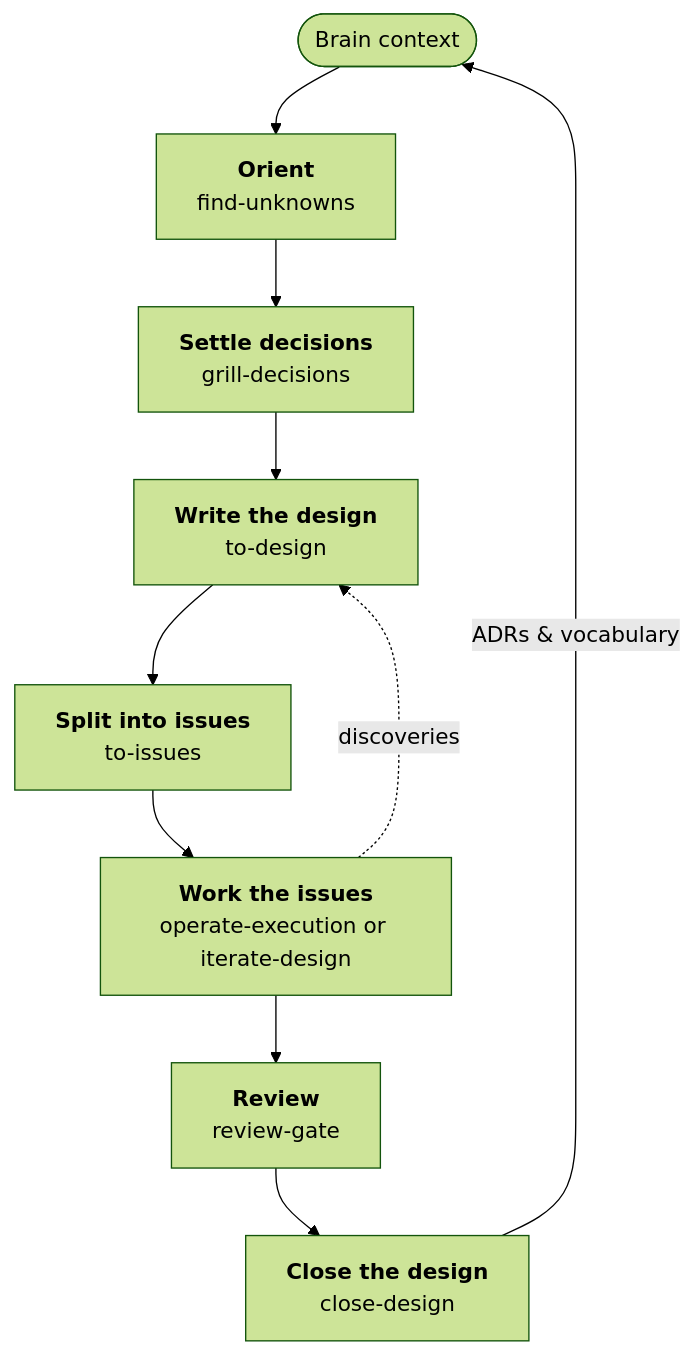
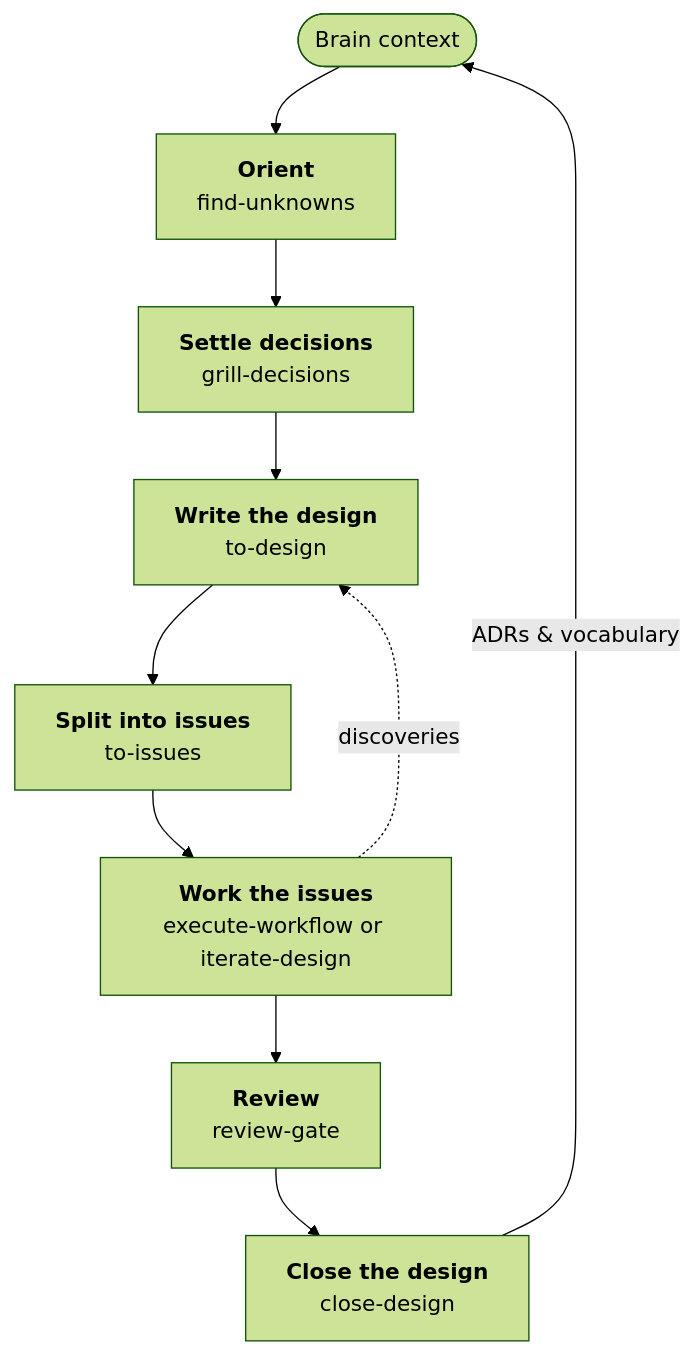
The first of 2 diagrams in docs/workflow.md (arminzou/dotbrain), drawn with Mermaid (forest theme) before and after one commit. The commit also changed other lines of this file and 38 other files, not shown here.

First line of the commit message:
feat(skills): split manage-work-graph from execute-workflow

````diff
--- a/docs/workflow.md
+++ b/docs/workflow.md
@@ -12,20 +12,20 @@
 ```mermaid
 flowchart TD
   accTitle: The workflow loop from Brain context to closed design
   ctx(["Brain context"]) --> orient["`**Orient**
   find-unknowns`"]
   orient --> grill["`**Settle decisions**
   grill-decisions`"]
   grill --> design["`**Write the design**
   to-design`"]
   design --> issues["`**Split into issues**
   to-issues`"]
   issues --> work["`**Work the issues**
-  operate-execution or iterate-design`"]
+  execute-workflow or iterate-design`"]
   work --> review["`**Review**
   review-gate`"]
   review --> close["`**Close the design**
   close-design`"]
   work -. discoveries .-> design
   close -- "ADRs & vocabulary" --> ctx
 ```
````
